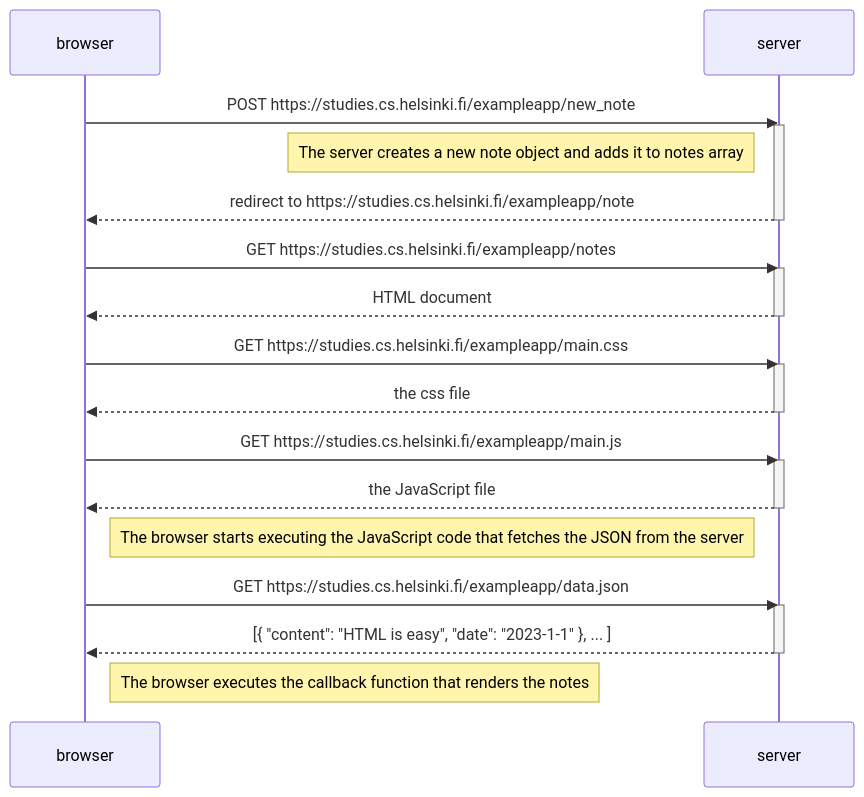
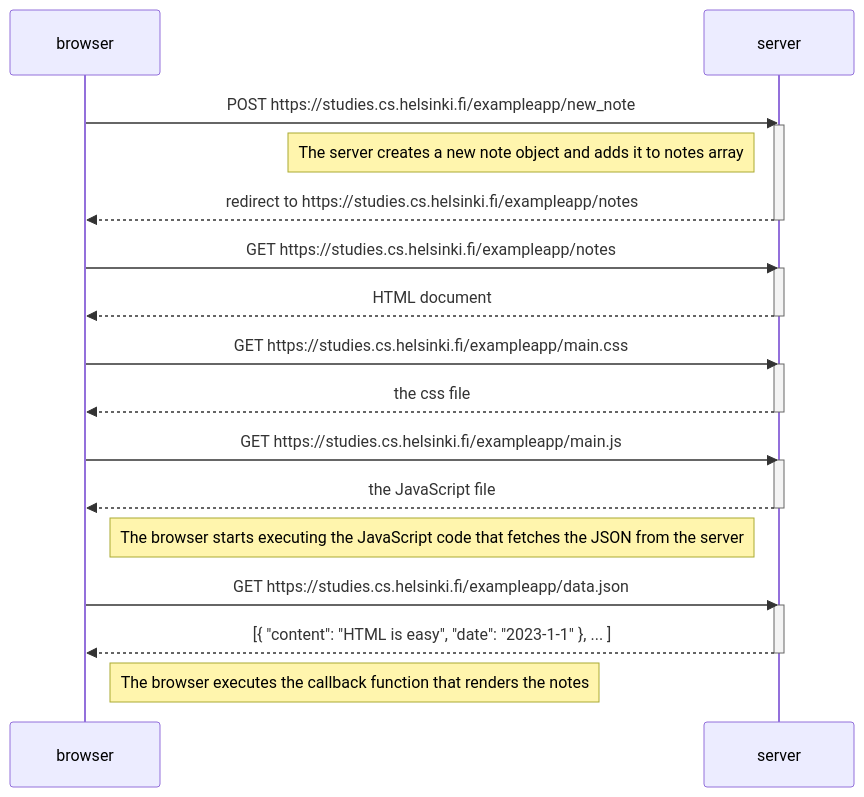
One commit to Mir-Ilham/full-stack-open-mooc changed the diagram in part0/solution_4.md. Above: the diagram before and after it, drawn with Mermaid.

Commit message:
Third edit part-0, exercise 4

````diff
--- a/part0/solution_4.md
+++ b/part0/solution_4.md
@@ -1,35 +1,35 @@
 ```mermaid
 sequenceDiagram
     participant browser
     participant server
 
     browser->>server: POST https://studies.cs.helsinki.fi/exampleapp/new_note
     activate server
     Note left of server: The server creates a new note object and adds it to notes array
-    server-->>browser: redirect to https://studies.cs.helsinki.fi/exampleapp/note
+    server-->>browser: redirect to https://studies.cs.helsinki.fi/exampleapp/notes
     deactivate server
 
     browser->>server: GET https://studies.cs.helsinki.fi/exampleapp/notes
     activate server
     server-->>browser: HTML document
     deactivate server
 
     browser->>server: GET https://studies.cs.helsinki.fi/exampleapp/main.css
     activate server
     server-->>browser: the css file
     deactivate server
 
     browser->>server: GET https://studies.cs.helsinki.fi/exampleapp/main.js
     activate server
     server-->>browser: the JavaScript file
     deactivate server
 
     Note right of browser: The browser starts executing the JavaScript code that fetches the JSON from the server
 
     browser->>server: GET https://studies.cs.helsinki.fi/exampleapp/data.json
     activate server
     server-->>browser: [{ "content": "HTML is easy", "date": "2023-1-1" }, ... ]
     deactivate server
 
     Note right of browser: The browser executes the callback function that renders the notes
 ```
````
